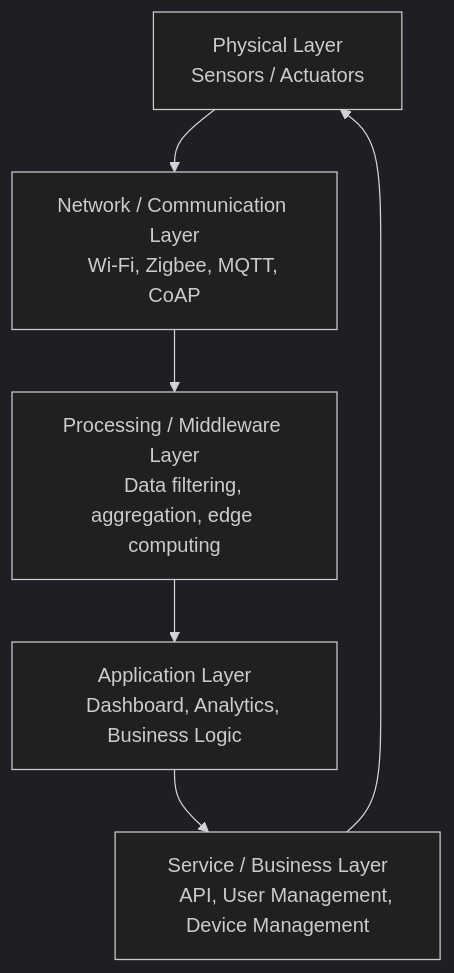
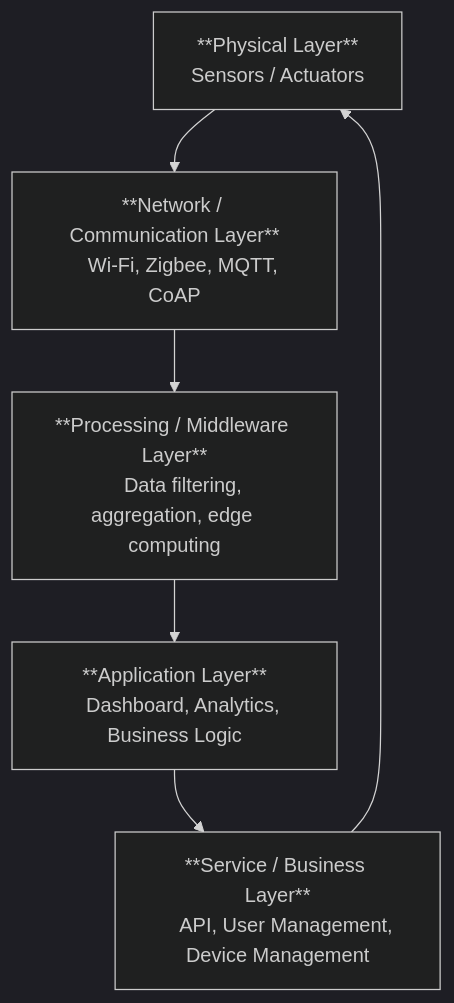
Before and after one commit to lazgaming70/IOT-CIA-1: the first of 13 diagrams in Unofficial-QB/Unofficial-QB-Claude-Ans.md, drawn with Mermaid (dark theme). The commit also changed other lines of this file, not shown here.

Commit message:
Bolded some box titles in mermaidjs code blocks

````diff
--- a/Unofficial-QB/Unofficial-QB-Claude-Ans.md
+++ b/Unofficial-QB/Unofficial-QB-Claude-Ans.md
@@ -246,13 +246,13 @@
 ```mermaid
 flowchart TD
-    A[Physical Layer
-    Sensors / Actuators] --> B[Network / Communication Layer
+    A[**Physical Layer**
+    Sensors / Actuators] --> B[**Network / Communication Layer**
     Wi-Fi, Zigbee, MQTT, CoAP]
-    B --> C[Processing / Middleware Layer
+    B --> C[**Processing / Middleware Layer**
     Data filtering, aggregation, edge computing]
-    C --> D[Application Layer
+    C --> D[**Application Layer**
     Dashboard, Analytics, Business Logic]
-    D --> E[Service / Business Layer
+    D --> E[**Service / Business Layer**
     API, User Management, Device Management]
     E --> A
 ```
````
